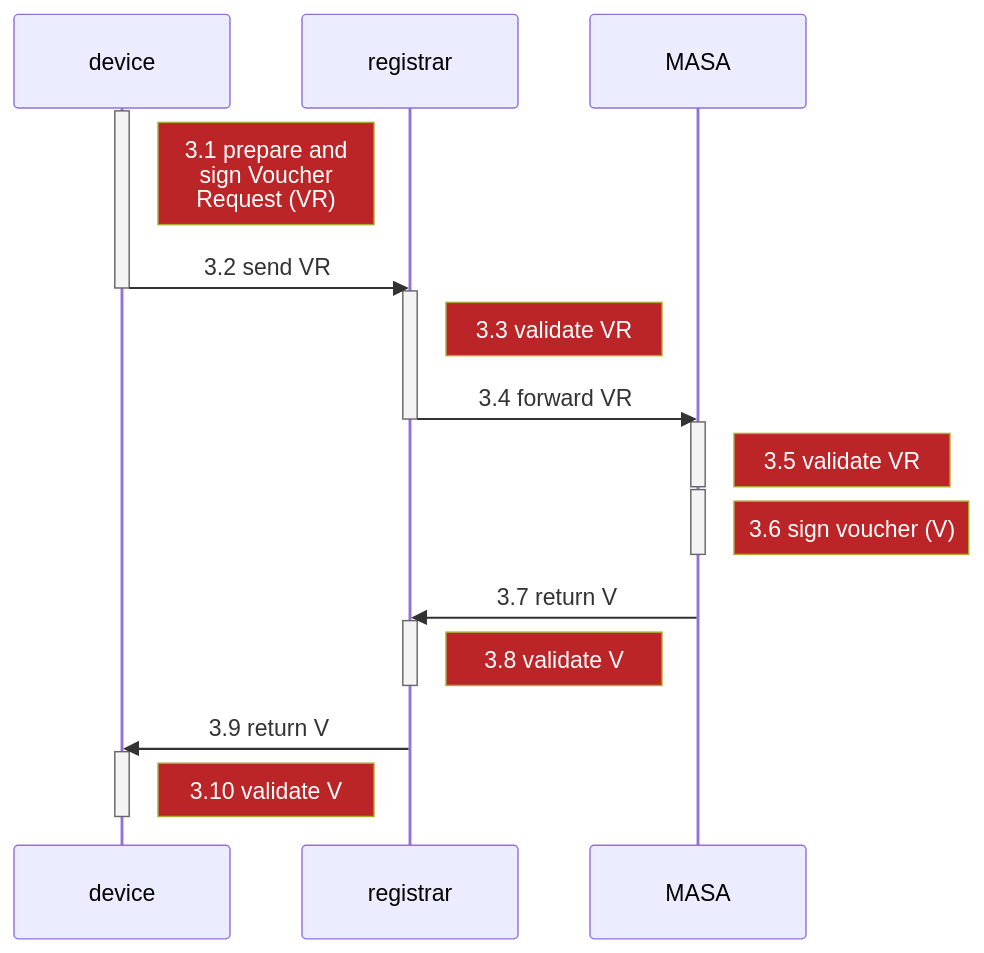
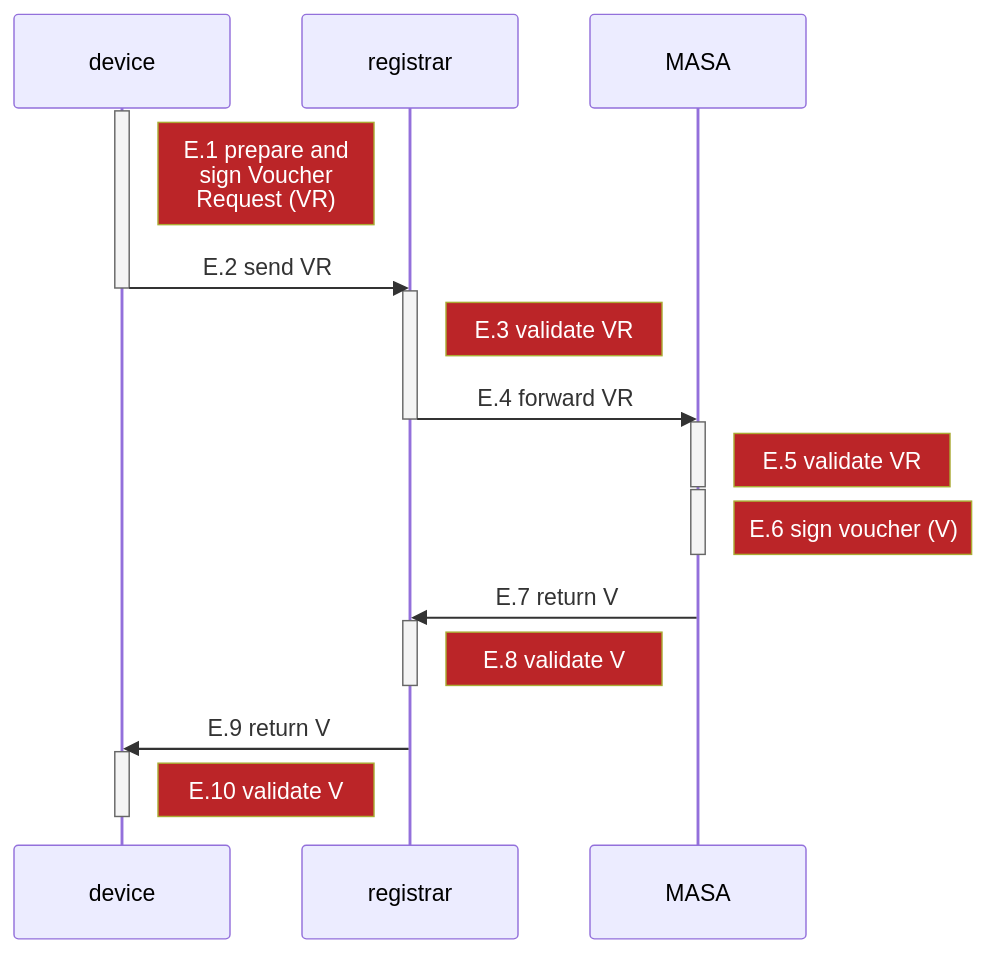
The third of 6 diagrams in packages/docusaurus/docs/build5-docs/20-prot overview.md (nqminds/trustnetz), drawn with Mermaid before and after one commit. The commit also changed other lines of this file and 33 other files, not shown here.

````diff
--- a/packages/docusaurus/docs/build5-docs/20-prot overview.md
+++ b/packages/docusaurus/docs/build5-docs/20-prot overview.md
@@ -184,50 +183,50 @@
 ```mermaid
   %%{init: {
     'themeVariables': {
       'noteBkgColor': '#BB2528',
       'noteTextColor': '#fff'
     }
   }
 }%%
 
 %%{init:{'themeCSS': 'g:nth-of-type(1) .note { stroke:blue;fill: crimson; }; ' }}%%
  
     
 sequenceDiagram
     participant device
     participant registrar
     participant MASA
    
     activate device 
-    Note right of device: 3.1 prepare and <br> sign Voucher<br> Request (VR)
-    device->>-registrar: 3.2 send VR
+    Note right of device: E.1 prepare and <br> sign Voucher<br> Request (VR)
+    device->>-registrar: E.2 send VR
   
   	activate registrar    
-    Note right of registrar: 3.3 validate VR
-    registrar->>-MASA: 3.4 forward VR
+    Note right of registrar: E.3 validate VR
+    registrar->>-MASA: E.4 forward VR
     
     activate MASA
-    Note right of MASA: 3.5 validate VR
+    Note right of MASA: E.5 validate VR
     deactivate MASA
   
     activate MASA
-    Note right of MASA: 3.6 sign voucher (V)
+    Note right of MASA: E.6 sign voucher (V)
     deactivate MASA
   
     
     
- 	MASA->>registrar : 3.7 return V
+ 	MASA->>registrar : E.7 return V
  	
  	activate registrar
-    Note right of registrar: 3.8 validate V
+    Note right of registrar: E.8 validate V
     deactivate registrar
     
-    registrar->>device : 3.9 return V
+    registrar->>device : E.9 return V
     
     activate device 
-    Note right of device: 3.10 validate V
+    Note right of device: E.10 validate V
     deactivate device 
         
     
 
 ```
````
